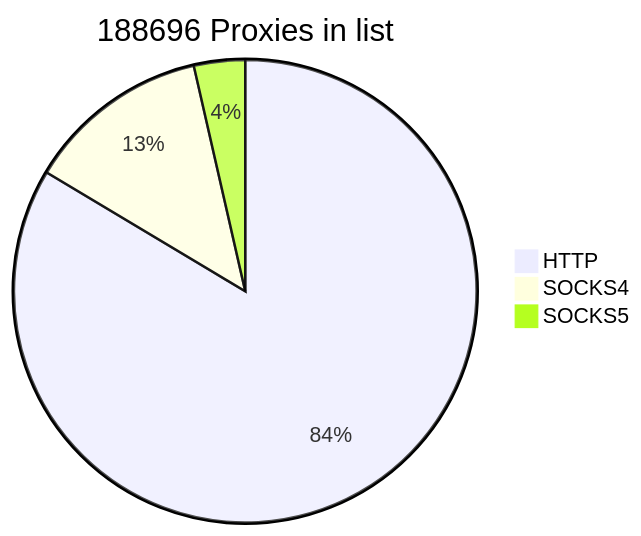
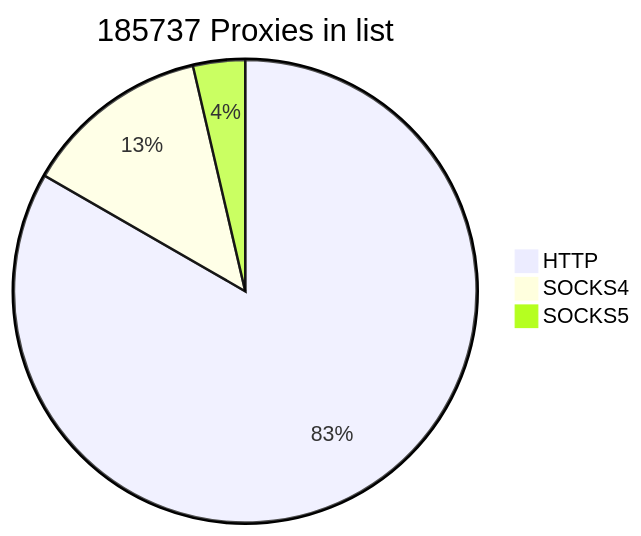
Before and after one commit to cutipu/proxylist: the first of 2 diagrams in README.md, drawn with Mermaid. The commit also changed other lines of this file, not shown here.

````diff
--- a/README.md
+++ b/README.md
@@ -2,7 +2,7 @@
 ```mermaid
-pie title 188696 Proxies in list
-    "HTTP" : 157712
-    "SOCKS4" : 24240
-    "SOCKS5" : 6744
+pie title 185737 Proxies in list
+    "HTTP" : 154753
+    "SOCKS4" : 24238
+    "SOCKS5" : 6746
             
 ```
````
